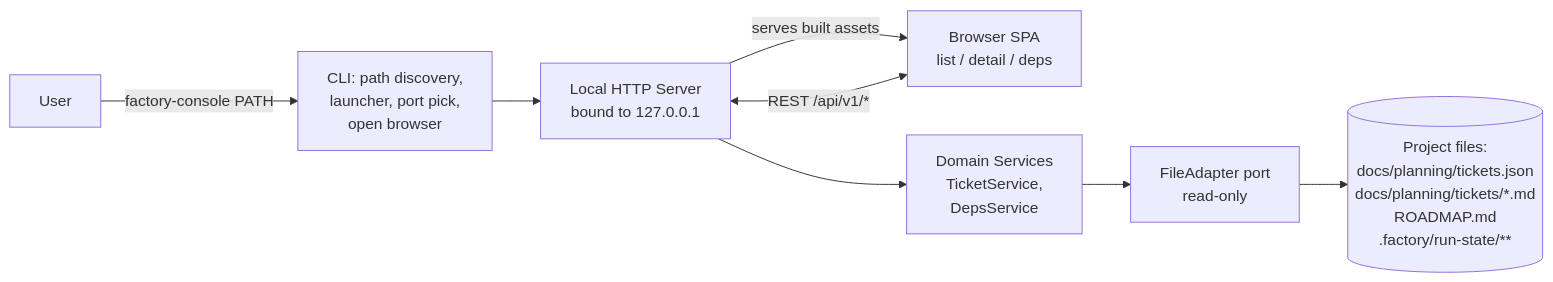
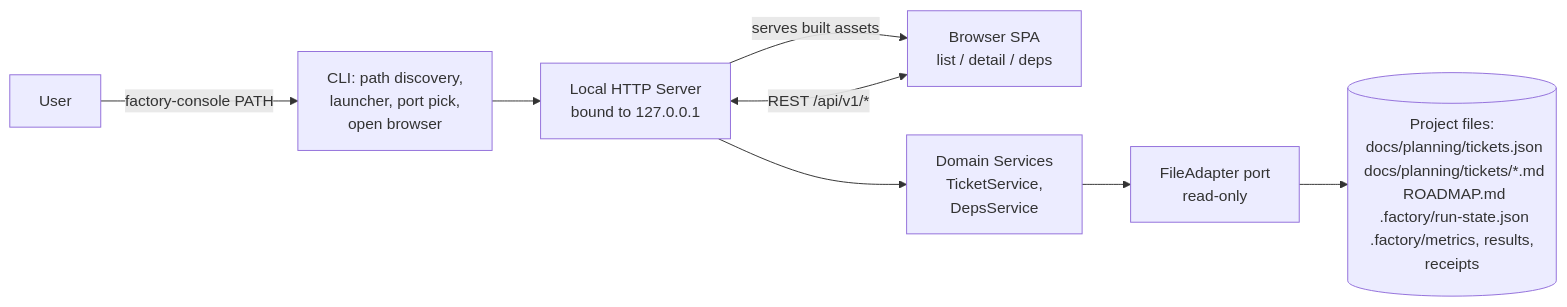
Before and after one commit to abbasihsn/factory-console: the diagram in docs/planning/ARCHITECTURE.md, drawn with Mermaid. The commit also changed other lines of this file and 82 other files, not shown here.

````diff
--- a/docs/planning/ARCHITECTURE.md
+++ b/docs/planning/ARCHITECTURE.md
@@ -11,10 +11,10 @@
 ```mermaid
 flowchart LR
   User[User] -->|factory-console PATH| CLI[CLI: path discovery,\nlauncher, port pick,\nopen browser]
   CLI --> Server[Local HTTP Server\nbound to 127.0.0.1]
   Browser[Browser SPA\nlist / detail / deps] <-->|REST /api/v1/*| Server
   Server -->|serves built assets| Browser
   Server --> Domain[Domain Services\nTicketService,\nDepsService]
   Domain --> Adapter[FileAdapter port\nread-only]
-  Adapter --> FS[(Project files:\n docs/planning/tickets.json\n docs/planning/tickets/*.md\n ROADMAP.md\n .factory/run-state/**)]
+  Adapter --> FS[(Project files:\n docs/planning/tickets.json\n docs/planning/tickets/*.md\n ROADMAP.md\n .factory/run-state.json\n .factory/metrics, results, receipts)]
 ```
````
